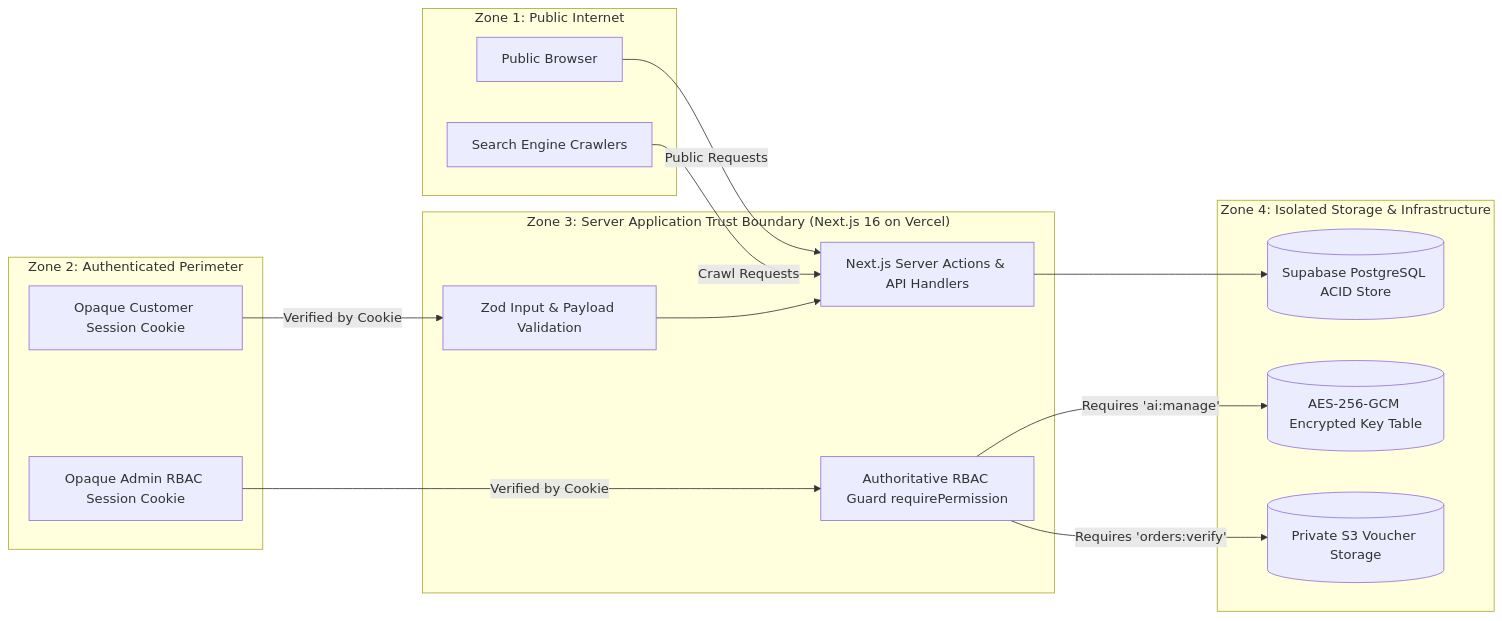
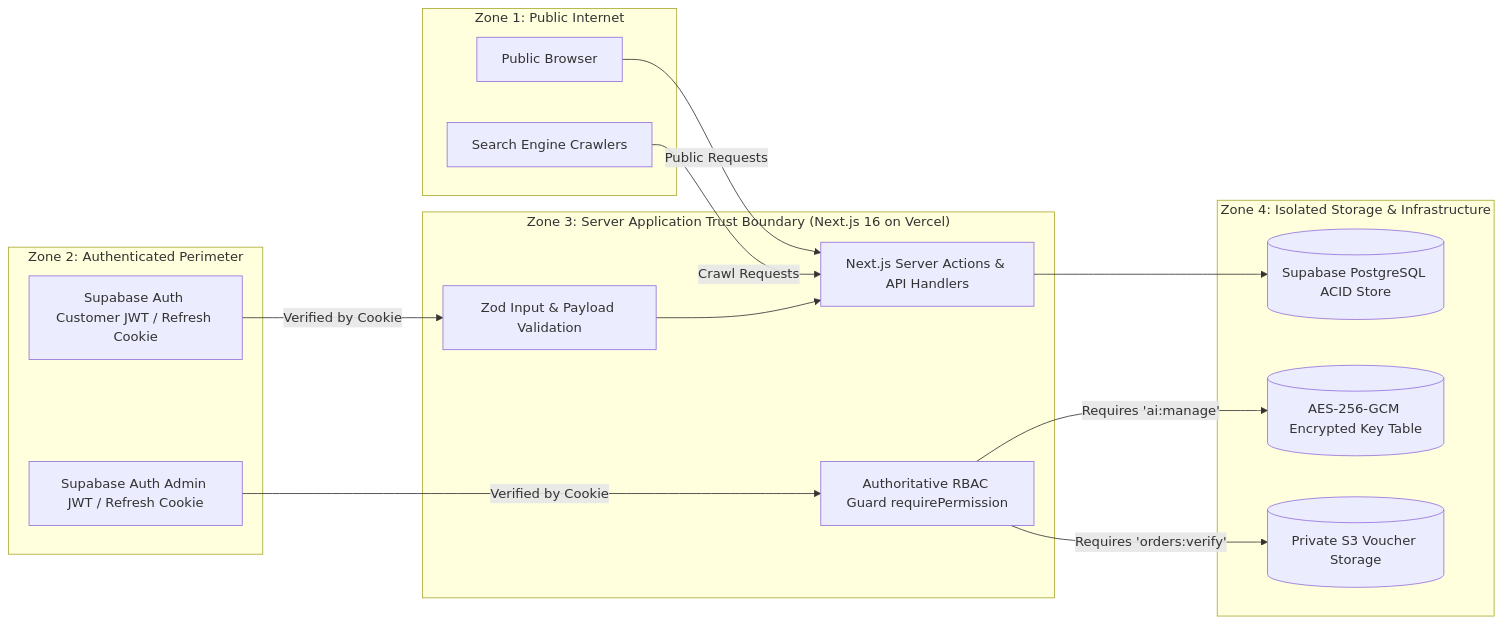
Before and after one commit to SaeBryxn/GamerPeru-Vercel: the second of 2 diagrams in docs/architecture/TECHNOLOGY_ARCHITECTURE.md, drawn with Mermaid. The commit also changed other lines of this file and 4 other files, not shown here.

Commit message:
docs: adopt Supabase Auth for Gamer Peru identity

````diff
--- a/docs/architecture/TECHNOLOGY_ARCHITECTURE.md
+++ b/docs/architecture/TECHNOLOGY_ARCHITECTURE.md
@@ -140,34 +137,34 @@
 ```mermaid
 graph LR
     subgraph "Zone 1: Public Internet"
         Browser[Public Browser]
         Bot[Search Engine Crawlers]
     end
     
     subgraph "Zone 2: Authenticated Perimeter"
-        CustSession[Opaque Customer Session Cookie]
-        AdminSession[Opaque Admin RBAC Session Cookie]
+        CustSession[Supabase Auth Customer JWT / Refresh Cookie]
+        AdminSession[Supabase Auth Admin JWT / Refresh Cookie]
     end
     
     subgraph "Zone 3: Server Application Trust Boundary (Next.js 16 on Vercel)"
         AppServer[Next.js Server Actions & API Handlers]
         ZodValidator[Zod Input & Payload Validation]
         RBACGuard[Authoritative RBAC Guard requirePermission]
     end
     
     subgraph "Zone 4: Isolated Storage & Infrastructure"
         SupabaseDB[(Supabase PostgreSQL ACID Store)]
         Vault[(AES-256-GCM Encrypted Key Table)]
         PrivateProofs[(Private S3 Voucher Storage)]
     end
     
     Browser -->|Public Requests| AppServer
     Bot -->|Crawl Requests| AppServer
     CustSession -->|Verified by Cookie| ZodValidator
     AdminSession -->|Verified by Cookie| RBACGuard
     
     RBACGuard -->|Requires 'orders:verify'| PrivateProofs
     RBACGuard -->|Requires 'ai:manage'| Vault
     ZodValidator --> AppServer
     AppServer --> SupabaseDB
 ```
````
